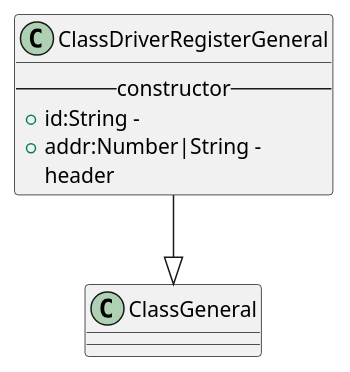
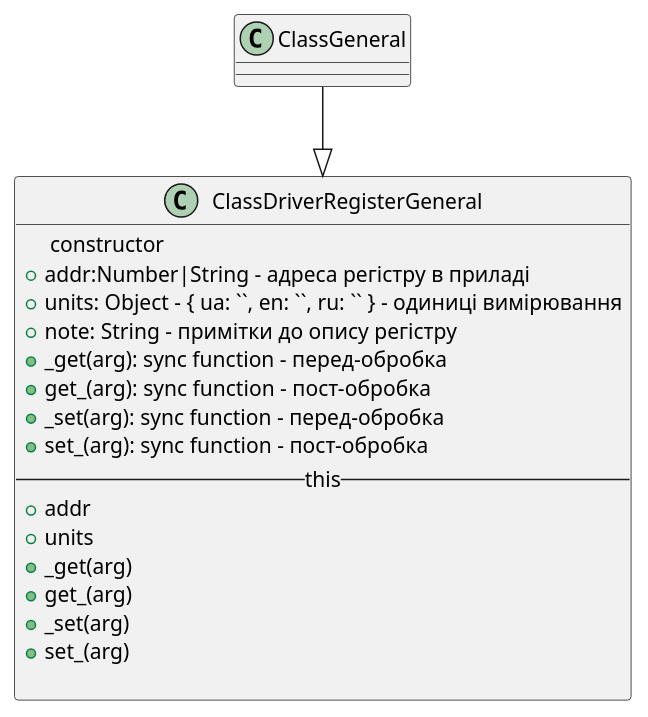
Before and after one commit to YVitalii/ASUTP2021: the diagram in devices/classDeviceGeneral/ClassDriverRegisterGeneral.puml, drawn with PlantUML. The commit also changed 14 other files, not shown here.

```diff
--- a/devices/classDeviceGeneral/ClassDriverRegisterGeneral.puml
+++ b/devices/classDeviceGeneral/ClassDriverRegisterGeneral.puml
@@ -1,10 +1,22 @@
 
 
 class "ClassDriverRegisterGeneral" as ClassDriverRegisterGeneral {
-    -- constructor --
-    +id:String - 
-    +addr:Number|String - 
-    header
+    -- constructor -- 
+    +addr:Number|String - адреса регістру в приладі
+    +units: Object - { ua: ``, en: ``, ru: `` } - одиниці вимірювання
+    +note: String - примітки до опису регістру
+    +_get(arg): sync function - перед-обробка 
+    +get_(arg): sync function - пост-обробка 
+    +_set(arg): sync function - перед-обробка 
+    +set_(arg): sync function - пост-обробка 
+    -- this  --
+    +addr
+    +units
+    +_get(arg)
+    +get_(arg)
+    +_set(arg)
+    +set_(arg)
+    
 }
 
-ClassDriverRegisterGeneral ==|> ClassGeneral
+ClassGeneral ==|> ClassDriverRegisterGeneral  
```
